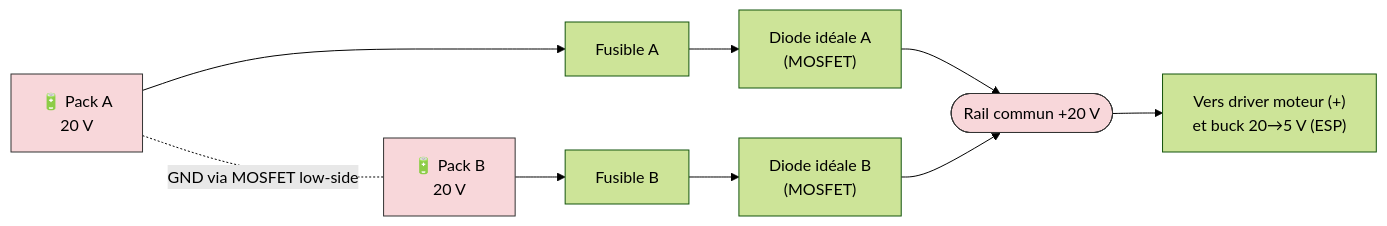
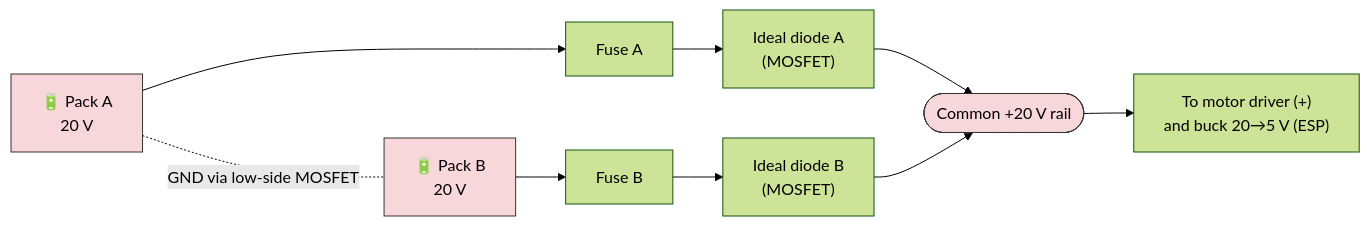
Before and after one commit to pinkymaxou/powered-soapbox-car: the eighth of 10 diagrams in README.md, drawn with Mermaid (forest theme). The commit also changed other lines of this file and 49 other files, not shown here.

````diff
--- a/README.md
+++ b/README.md
@@ -577,19 +577,19 @@
 ```mermaid
 flowchart LR
     PA["🔋 Pack A<br/>20 V"]
     PB["🔋 Pack B<br/>20 V"]
-    FA["Fusible A"]
-    FB["Fusible B"]
-    DA["Diode idéale A<br/>(MOSFET)"]
-    DB["Diode idéale B<br/>(MOSFET)"]
-    RAIL(["Rail commun +20 V"])
-    LOAD["Vers driver moteur (+)<br/>et buck 20→5 V (ESP)"]
+    FA["Fuse A"]
+    FB["Fuse B"]
+    DA["Ideal diode A<br/>(MOSFET)"]
+    DB["Ideal diode B<br/>(MOSFET)"]
+    RAIL(["Common +20 V rail"])
+    LOAD["To motor driver (+)<br/>and buck 20→5 V (ESP)"]
 
     PA --> FA --> DA --> RAIL
     PB --> FB --> DB --> RAIL
     RAIL --> LOAD
-    PA -. "GND via MOSFET low-side" .- PB
+    PA -. "GND via low-side MOSFET" .- PB
 
     classDef pwr fill:#f8d7da,stroke:#333;
     class PA,PB,RAIL pwr;
 ```
````
